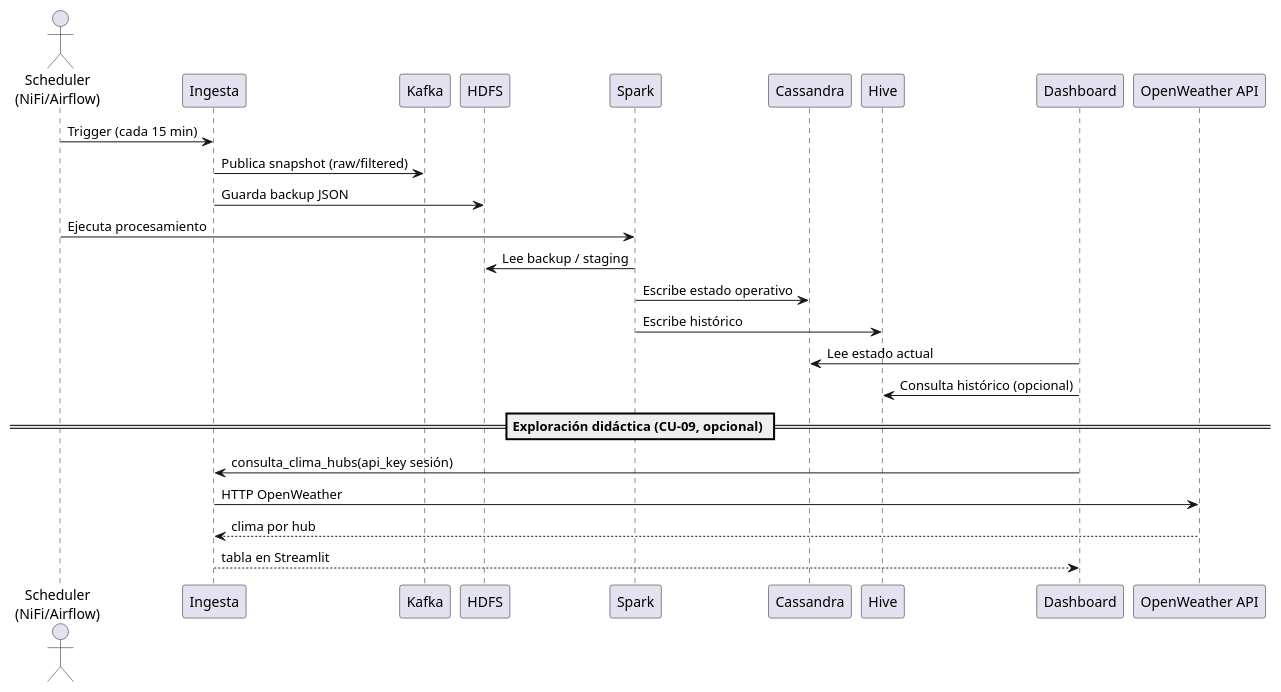
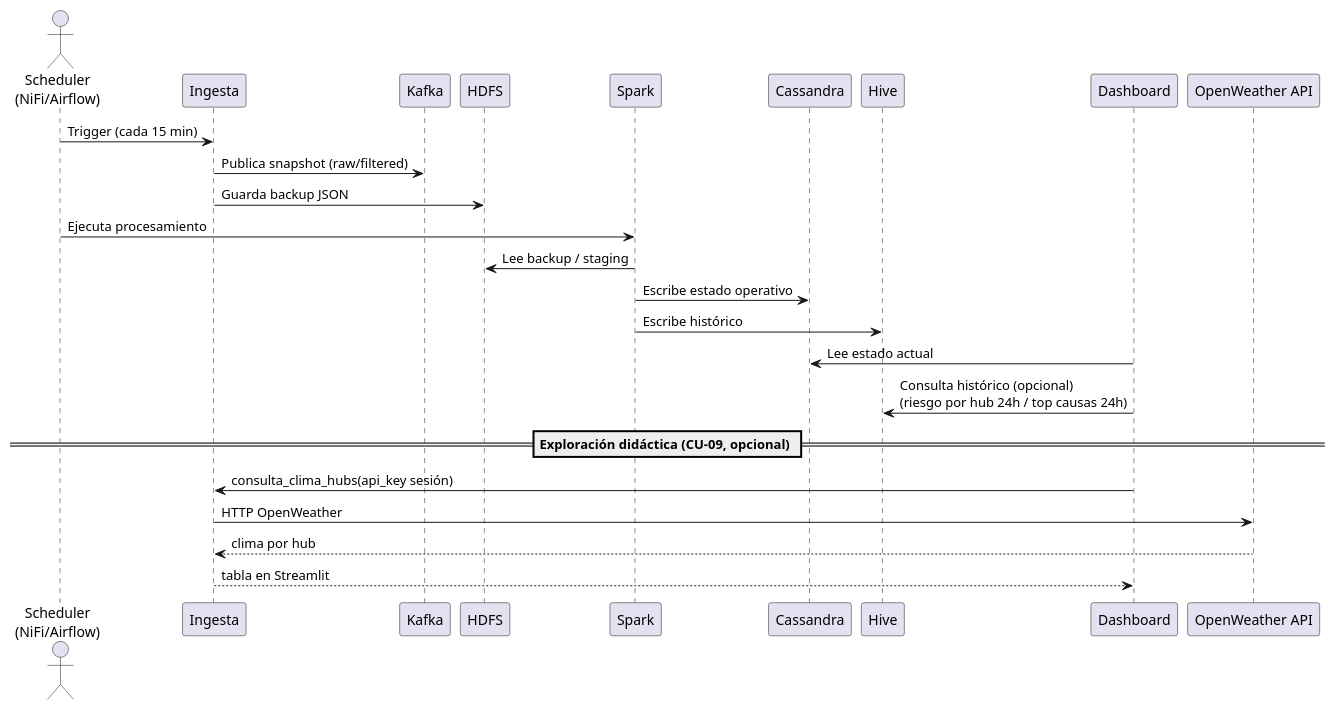
The diagram in docs/uml/secuencia_kdd_15min.puml (gracobjo/proyecto_transporte_global_standalone), drawn with PlantUML before and after one commit. The commit also changed 17 other files, not shown here.

```diff
--- a/docs/uml/secuencia_kdd_15min.puml
+++ b/docs/uml/secuencia_kdd_15min.puml
@@ -1,28 +1,28 @@
 @startuml
 actor "Scheduler\n(NiFi/Airflow)" as SCH
 participant "Ingesta" as ING
 participant "Kafka" as K
 participant "HDFS" as H
 participant "Spark" as S
 participant "Cassandra" as C
 participant "Hive" as HV
 participant "Dashboard" as UI
 participant "OpenWeather API" as OWM
 
 SCH -> ING: Trigger (cada 15 min)
 ING -> K: Publica snapshot (raw/filtered)
 ING -> H: Guarda backup JSON
 SCH -> S: Ejecuta procesamiento
 S -> H: Lee backup / staging
 S -> C: Escribe estado operativo
 S -> HV: Escribe histórico
 UI -> C: Lee estado actual
-UI -> HV: Consulta histórico (opcional)
+UI -> HV: Consulta histórico (opcional)\n(riesgo por hub 24h / top causas 24h)
 
 == Exploración didáctica (CU-09, opcional) ==
 UI -> ING: consulta_clima_hubs(api_key sesión)
 ING -> OWM: HTTP OpenWeather
 OWM --> ING: clima por hub
 ING --> UI: tabla en Streamlit
 
 @enduml
```
